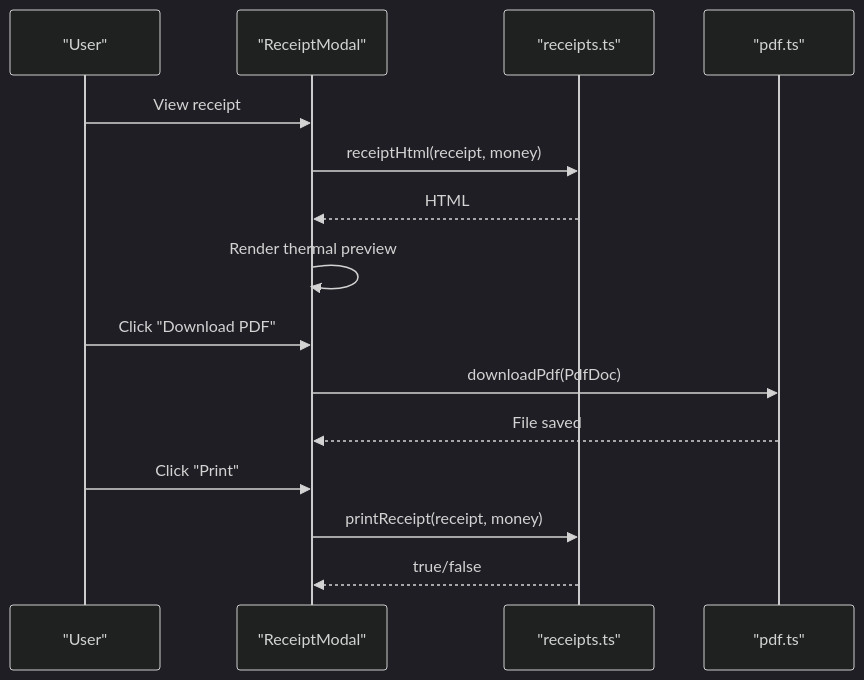
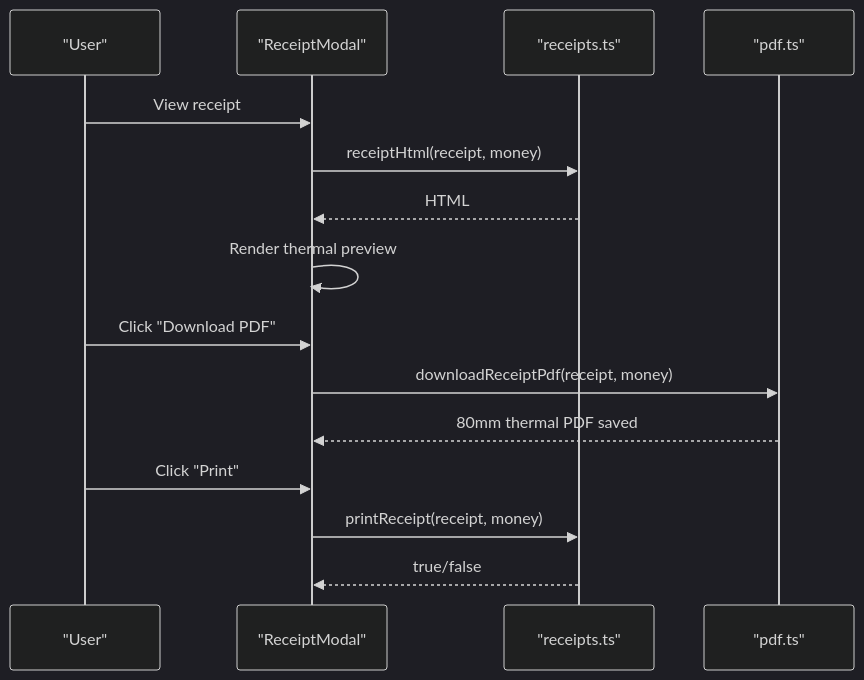
The sixth of 10 diagrams in .qoder/repowiki/en/content/Point of Sale System/Receipt Generation.md (themclloyd/storq), drawn with Mermaid (dark theme) before and after one commit. The commit also changed other lines of this file and 27 other files, not shown here.

````diff
--- a/.qoder/repowiki/en/content/Point of Sale System/Receipt Generation.md
+++ b/.qoder/repowiki/en/content/Point of Sale System/Receipt Generation.md
@@ -230,17 +248,17 @@
 ```mermaid
 sequenceDiagram
 participant User as "User"
 participant Modal as "ReceiptModal"
 participant Receipts as "receipts.ts"
 participant Pdf as "pdf.ts"
 User->>Modal : View receipt
 Modal->>Receipts : receiptHtml(receipt, money)
 Receipts-->>Modal : HTML
 Modal->>Modal : Render thermal preview
 User->>Modal : Click "Download PDF"
-Modal->>Pdf : downloadPdf(PdfDoc)
-Pdf-->>Modal : File saved
+Modal->>Pdf : downloadReceiptPdf(receipt, money)
+Pdf-->>Modal : 80mm thermal PDF saved
 User->>Modal : Click "Print"
 Modal->>Receipts : printReceipt(receipt, money)
 Receipts-->>Modal : true/false
 ```
````
